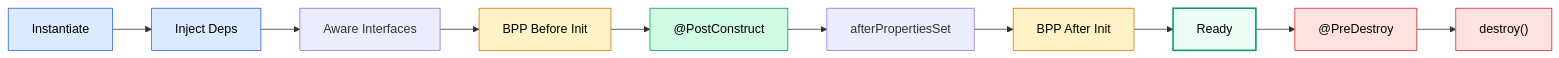
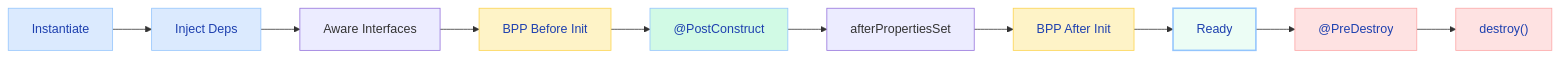
One commit to saivamsikaruturi/vamsilabs-dev-notes-main changed the third of 5 diagrams in docs/springboot/SpringIOC.md. Above: the diagram before and after it, drawn with Mermaid. The commit also changed other lines of this file and 220 other files, not shown here.

First line of the commit message:
Add 50+ new Java/Spring Boot pages, rewrite CSS code blocks to Oracle style, fix all diagram colors

````diff
--- a/docs/springboot/SpringIOC.md
+++ b/docs/springboot/SpringIOC.md
@@ -109,21 +109,21 @@
 ```mermaid
 flowchart LR
     A["Instantiate"] --> B["Inject Deps"]
     B --> C["Aware Interfaces"]
     C --> D["BPP Before Init"]
     D --> E["@PostConstruct"]
     E --> F["afterPropertiesSet"]
     F --> G["BPP After Init"]
     G --> H["Ready"]
     H --> I["@PreDestroy"]
     I --> J["destroy()"]
 
-    style A fill:#DBEAFE,stroke:#2563EB,color:#000
-    style B fill:#DBEAFE,stroke:#2563EB,color:#000
-    style D fill:#FEF3C7,stroke:#D97706,color:#000
-    style E fill:#D1FAE5,stroke:#059669,color:#000
-    style G fill:#FEF3C7,stroke:#D97706,color:#000
-    style H fill:#ECFDF5,stroke:#059669,stroke-width:2px,color:#000
-    style I fill:#FEE2E2,stroke:#DC2626,color:#000
-    style J fill:#FEE2E2,stroke:#DC2626,color:#000
+    style A fill:#DBEAFE,stroke:#93C5FD,color:#1E40AF
+    style B fill:#DBEAFE,stroke:#93C5FD,color:#1E40AF
+    style D fill:#FEF3C7,stroke:#FCD34D,color:#1E40AF
+    style E fill:#D1FAE5,stroke:#93C5FD,color:#1E40AF
+    style G fill:#FEF3C7,stroke:#FCD34D,color:#1E40AF
+    style H fill:#ECFDF5,stroke:#93C5FD,stroke-width:2px,color:#1E40AF
+    style I fill:#FEE2E2,stroke:#FCA5A5,color:#1E40AF
+    style J fill:#FEE2E2,stroke:#FCA5A5,color:#1E40AF
 ```
````
